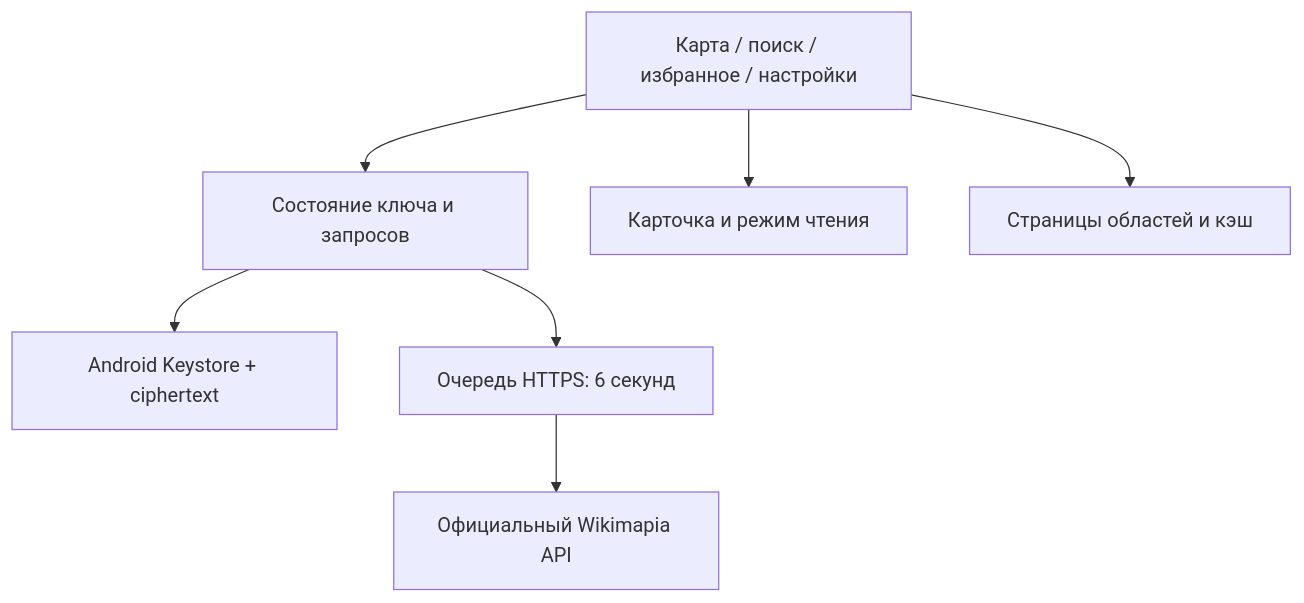
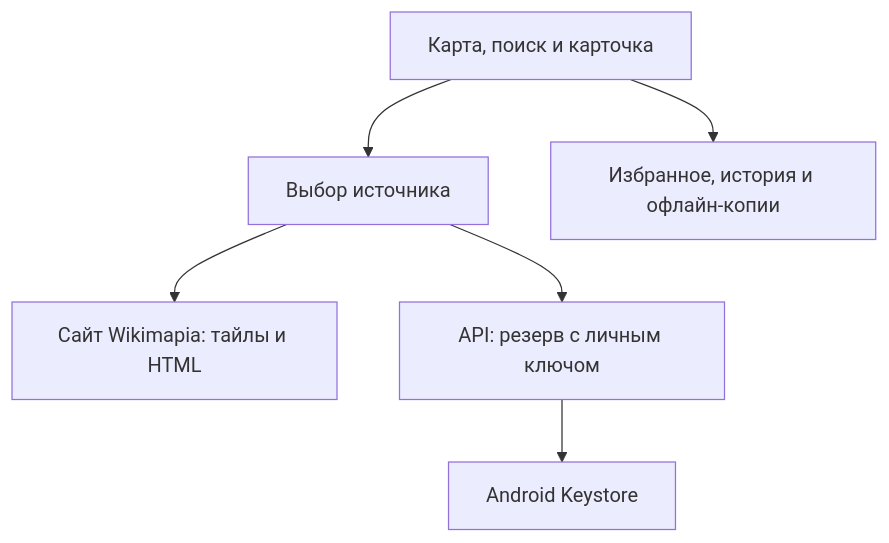
Before and after one commit to mnevrov/wikimapia-reader: the diagram in README.md, drawn with Mermaid. The commit also changed other lines of this file and 40 other files, not shown here.

First line of the commit message:
feat: WikiReader Next 0.14.0 — site-first reading with optional API key

````diff
--- a/README.md
+++ b/README.md
@@ -200,9 +205,8 @@
 ```mermaid
 flowchart TD
-  UI["Карта / поиск / избранное / настройки"] --> Session["Состояние ключа и запросов"]
-  Session --> Vault["Android Keystore + ciphertext"]
-  Session --> Client["Очередь HTTPS: 6 секунд"]
-  Client --> API["Официальный Wikimapia API"]
-  UI --> Card["Карточка и режим чтения"]
-  UI --> Areas["Страницы областей и кэш"]
+  UI["Карта, поиск и карточка"] --> Router["Выбор источника"]
+  Router --> Site["Сайт Wikimapia: тайлы и HTML"]
+  Router --> API["API: резерв с личным ключом"]
+  API --> Vault["Android Keystore"]
+  UI --> Local["Избранное, история и офлайн-копии"]
 ```
````
